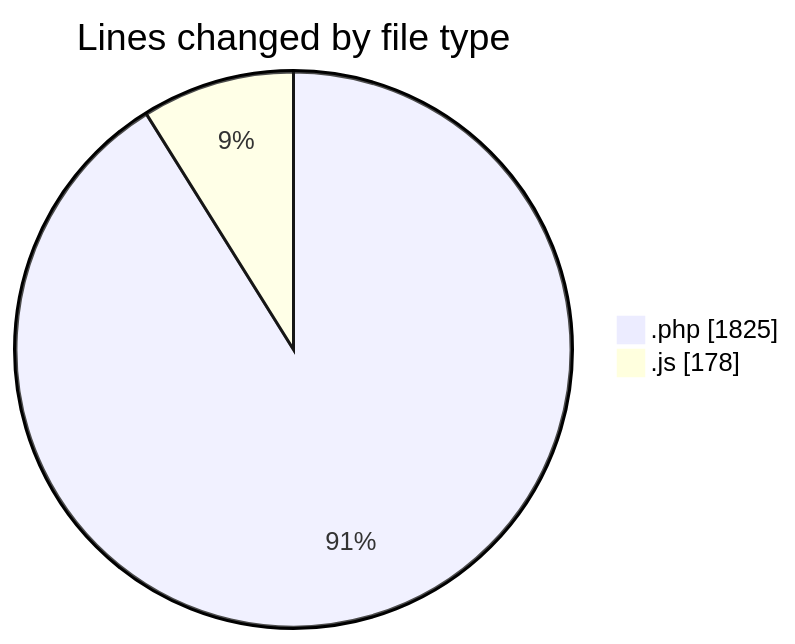
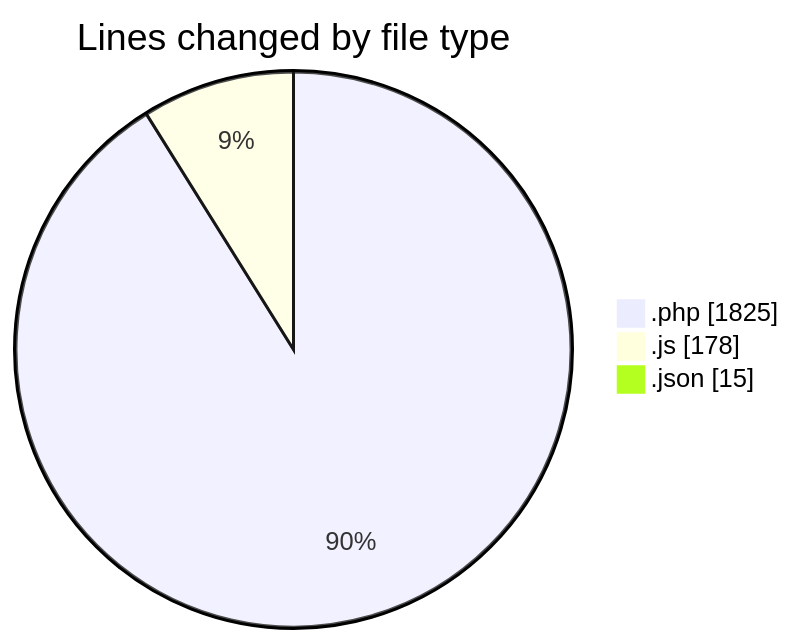
The first of 2 diagrams in 2026-07-09/wp-content/README.md (debugP/code-tracking), drawn with Mermaid before and after one commit. The commit also changed other lines of this file and 1 other file, not shown here.

````diff
--- a/2026-07-09/wp-content/README.md
+++ b/2026-07-09/wp-content/README.md
@@ -23,6 +24,7 @@
 ```mermaid
 pie showData
 title Lines changed by file type
 ".php" : 1825
 ".js" : 178
+".json" : 15
 ```
````
